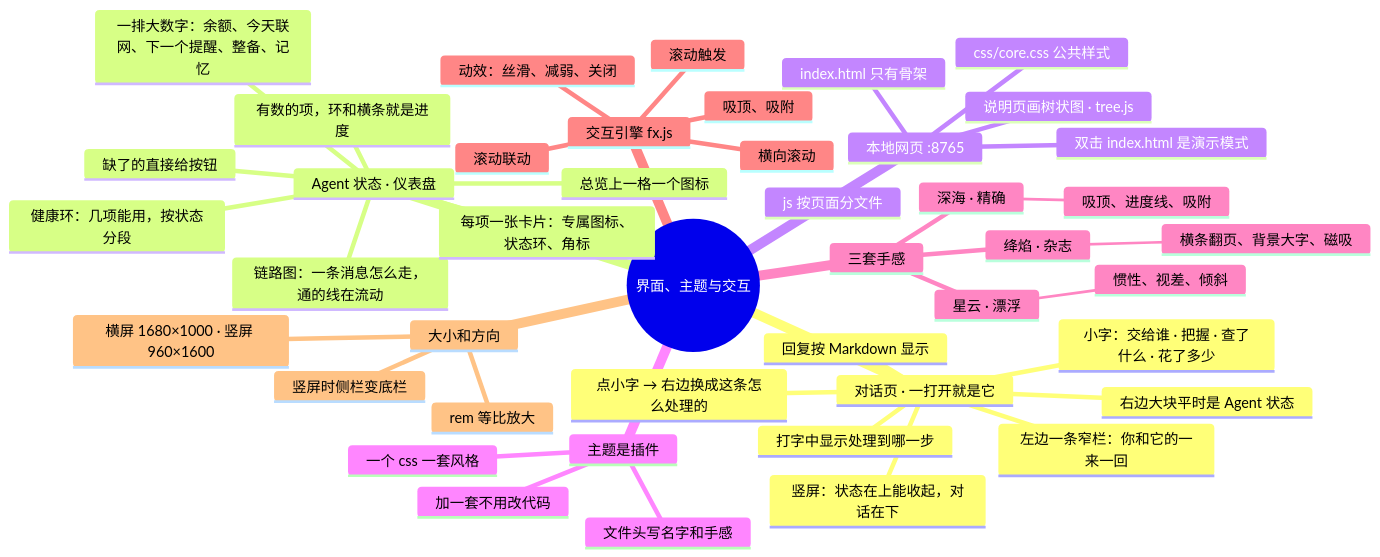
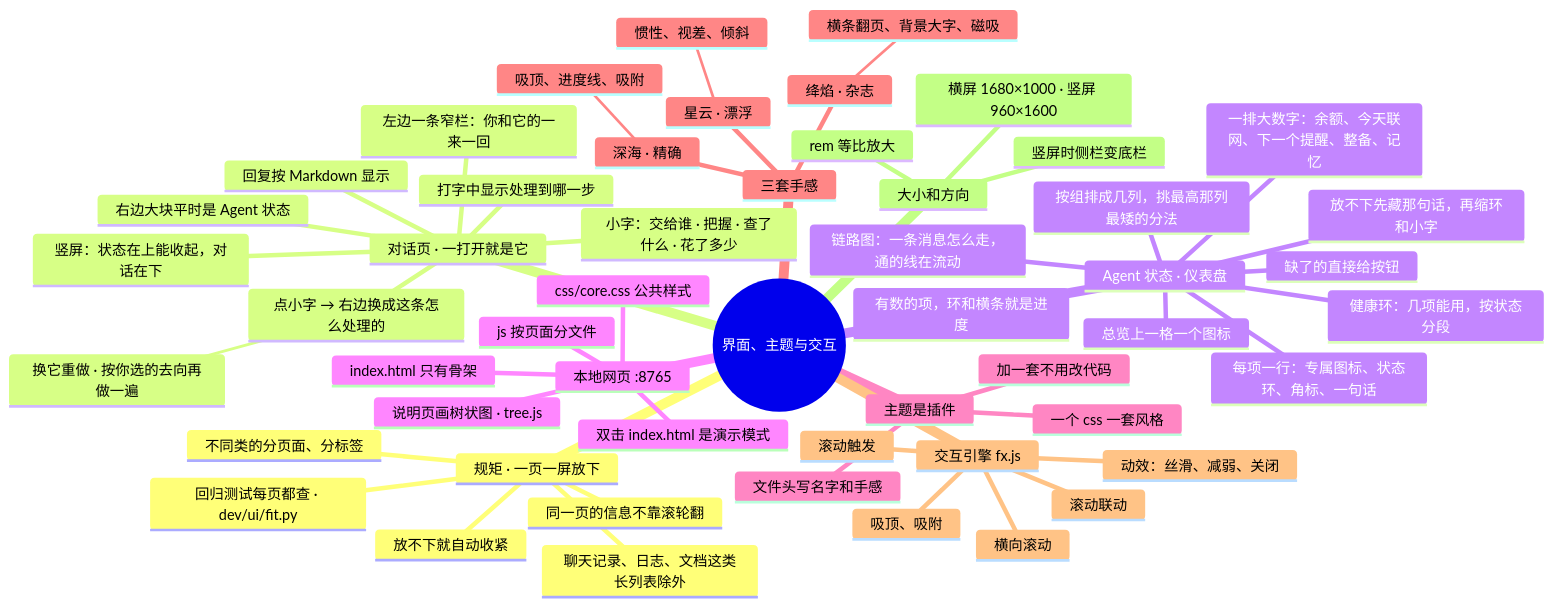
Before and after one commit to lql-076/Experiment-Agent-One: the diagram in docs/AI文档/架构/12-界面主题与交互.md, drawn with Mermaid. The commit also changed other lines of this file and 55 other files, not shown here.

````diff
--- a/docs/AI文档/架构/12-界面主题与交互.md
+++ b/docs/AI文档/架构/12-界面主题与交互.md
@@ -9,47 +9,56 @@
 ```mermaid
 mindmap
   root((界面、主题与交互))
+    规矩 · 一页一屏放下
+      同一页的信息不靠滚轮翻
+      不同类的分页面、分标签
+      放不下就自动收紧
+      聊天记录、日志、文档这类长列表除外
+      回归测试每页都查 · dev/ui/fit.py
     对话页 · 一打开就是它
       左边一条窄栏：你和它的一来一回
       回复按 Markdown 显示
       打字中显示处理到哪一步
       小字：交给谁 · 把握 · 查了什么 · 花了多少
       点小字 → 右边换成这条怎么处理的
+        换它重做 · 按你选的去向再做一遍
       右边大块平时是 Agent 状态
       竖屏：状态在上能收起，对话在下
     Agent 状态 · 仪表盘
       健康环：几项能用，按状态分段
       链路图：一条消息怎么走，通的线在流动
       一排大数字：余额、今天联网、下一个提醒、整备、记忆
-      每项一张卡片：专属图标、状态环、角标
+      按组排成几列，挑最高那列最矮的分法
+      每项一行：专属图标、状态环、角标、一句话
       有数的项，环和横条就是进度
+      放不下先藏那句话，再缩环和小字
       缺了的直接给按钮
       总览上一格一个图标
     本地网页 :8765
       index.html 只有骨架
       css/core.css 公共样式
       js 按页面分文件
       双击 index.html 是演示模式
       说明页画树状图 · tree.js
     主题是插件
       一个 css 一套风格
       文件头写名字和手感
       加一套不用改代码
     三套手感
       星云 · 漂浮
         惯性、视差、倾斜
       深海 · 精确
         吸顶、进度线、吸附
       绛焰 · 杂志
         横条翻页、背景大字、磁吸
     交互引擎 fx.js
       滚动触发
       滚动联动
       吸顶、吸附
       横向滚动
       动效：丝滑、减弱、关闭
     大小和方向
       rem 等比放大
       横屏 1680×1000 · 竖屏 960×1600
       竖屏时侧栏变底栏
 ```
````
